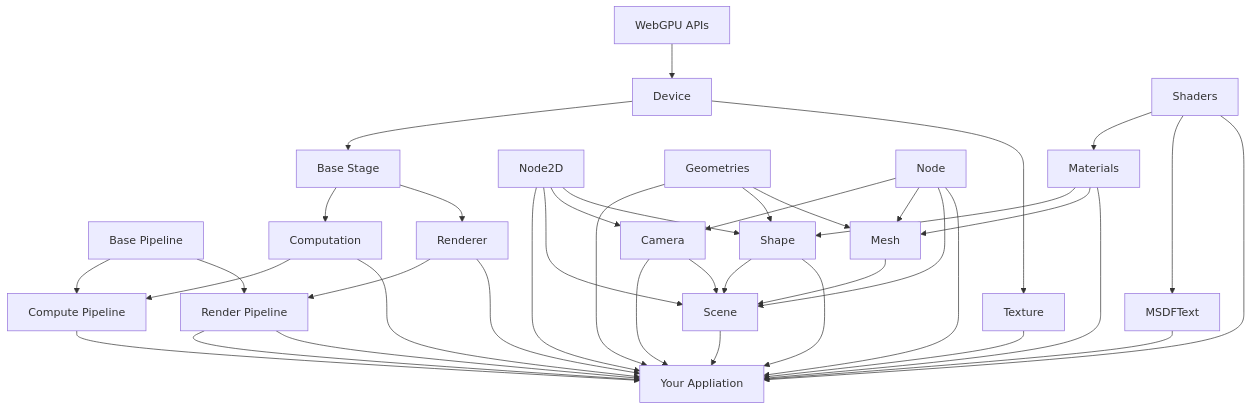
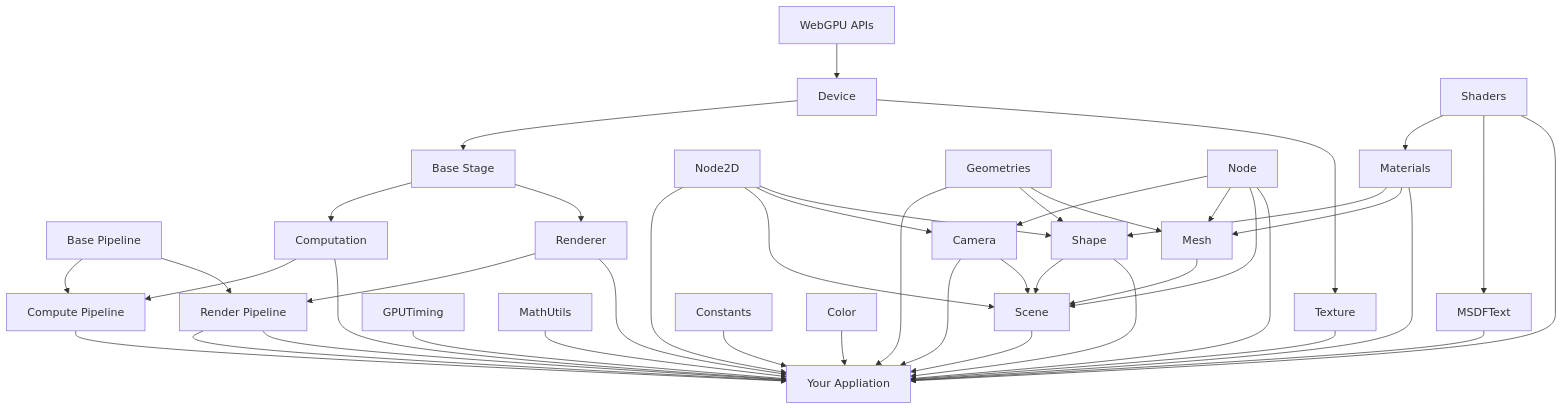
Before and after one commit to UstymUkhman/uwal: the diagram in README.md, drawn with Mermaid. The commit also changed other lines of this file and 2 other files, not shown here.

Commit message:
Improve Geometry Classes

````diff
--- a/README.md
+++ b/README.md
@@ -41,71 +41,72 @@
 ```mermaid
 flowchart TD
   GPU[WebGPU APIs]
   DEV[Device]
   APP[Your Appliation]
-
-  %% CONST[Constants] --> APP
-  %% TIME[GPUTiming]  --> APP
-  %% MATH[MathUtils]  --> APP
-  %% COL[Color]       --> APP
 
   BP[Base Pipeline]
   CP[Compute Pipeline]
   RP[Render Pipeline]
   BS[Base Stage]
   COMP[Computation]
   RNDR[Renderer]
   TEX[Texture]
 
   GPU  --> DEV
   DEV  --> BS
   DEV  --> TEX
   BS   --> COMP
   BS   --> RNDR
   COMP --> CP
   COMP --> APP
   BP   --> CP
   BP   --> RP
   CP   --> APP
   RP   --> APP
   RNDR --> RP
   RNDR --> APP
 
+  TIME[GPUTiming] --> APP
+  MATH[MathUtils] --> APP
+
   ND2[Node2D]
   GEO[Geometries]
   ND[Node]
   MAT[Materials]
   SHDS[Shaders]
   CAM[Camera]
   SHP[Shape]
   MESH[Mesh]
   SCN[Scene]
   TXT[MSDFText]
+
+  CONST[Constants] --> APP
+  COL[Color]       --> APP
 
   ND2  --> APP
   ND2  --> SCN
   ND2  --> CAM
   ND2  --> SHP
   MAT  --> SHP
   GEO  --> APP
   GEO  --> SHP
   GEO  --> MESH
   MAT  --> MESH
   ND   --> CAM
   ND   --> MESH
   ND   --> SCN
   ND   --> APP
   SHP  --> SCN
   MESH --> SCN
   CAM  --> APP
   CAM  --> SCN
   SHDS --> MAT
   SHDS --> TXT
   RP   --> APP
   TEX  --> APP
   SCN  --> APP
   SHP  --> APP
   MAT  --> APP
   TXT  --> APP
   SHDS --> APP
 ```
````
